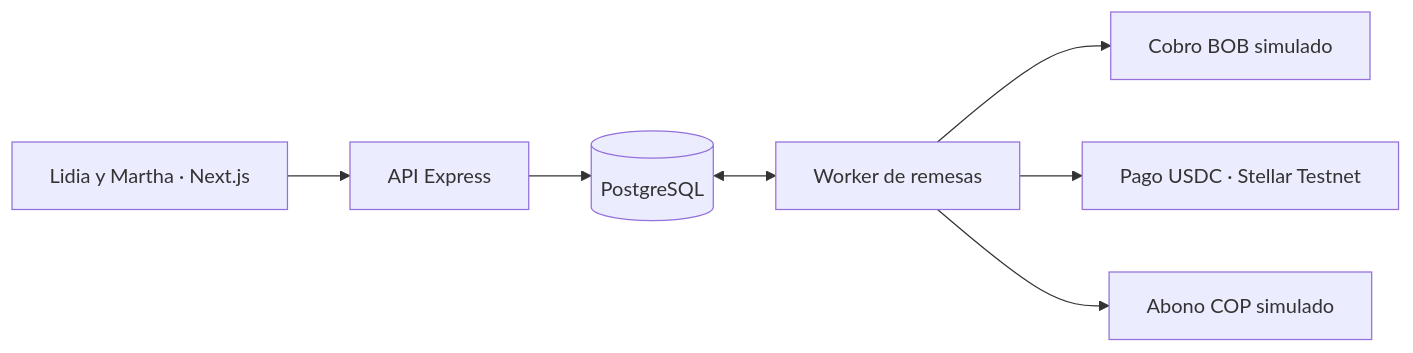
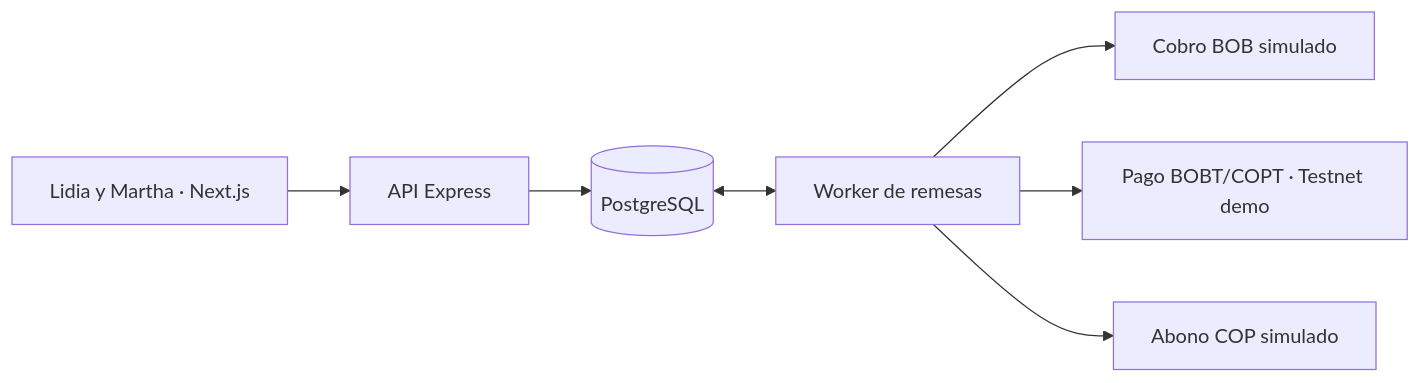
Before and after one commit to srllamadev/DeOne: the diagram in README.md, drawn with Mermaid. The commit also changed other lines of this file and 5 other files, not shown here.

````diff
--- a/README.md
+++ b/README.md
@@ -65,9 +65,9 @@
 ```mermaid
 flowchart LR
     A[Lidia y Martha · Next.js] --> B[API Express]
     B --> C[(PostgreSQL)]
     C <--> D[Worker de remesas]
     D --> E[Cobro BOB simulado]
-    D --> F[Pago USDC · Stellar Testnet]
+    D --> F[Pago BOBT/COPT · Testnet demo]
     D --> G[Abono COP simulado]
 ```
````
